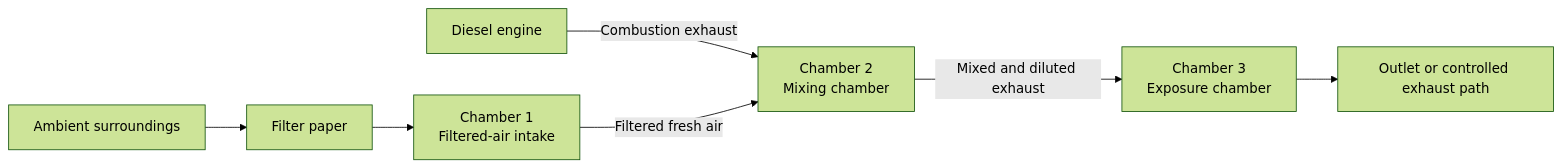
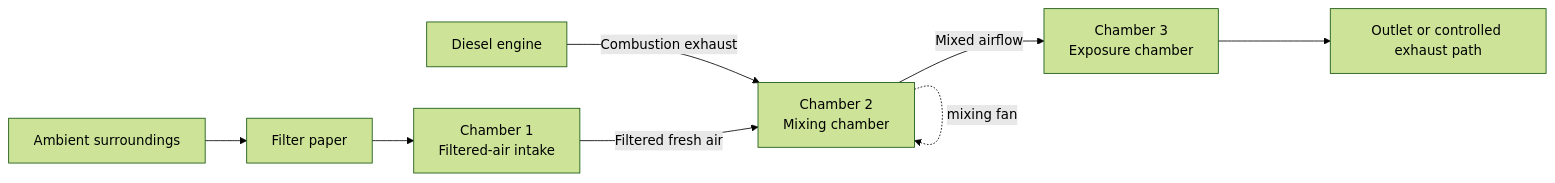
The first of 2 diagrams in docs/SYSTEM_ARCHITECTURE.md (itzsam10/Urban-air-pollution-controller), drawn with Mermaid (forest theme) before and after one commit. The commit also changed other lines of this file, not shown here.

Commit message:
Correct chamber airflow and PWM documentation

````diff
--- a/docs/SYSTEM_ARCHITECTURE.md
+++ b/docs/SYSTEM_ARCHITECTURE.md
@@ -9,9 +9,10 @@
 ```mermaid
 flowchart LR
     A[Ambient surroundings] --> B[Filter paper]
     B --> C[Chamber 1\nFiltered-air intake]
     D[Diesel engine] -->|Combustion exhaust| E[Chamber 2\nMixing chamber]
     C -->|Filtered fresh air| E
-    E -->|Mixed and diluted exhaust| F[Chamber 3\nExposure chamber]
+    E -->|Mixed airflow| F[Chamber 3\nExposure chamber]
+    E -. mixing fan .-> E
     F --> G[Outlet or controlled exhaust path]
 ```
````
